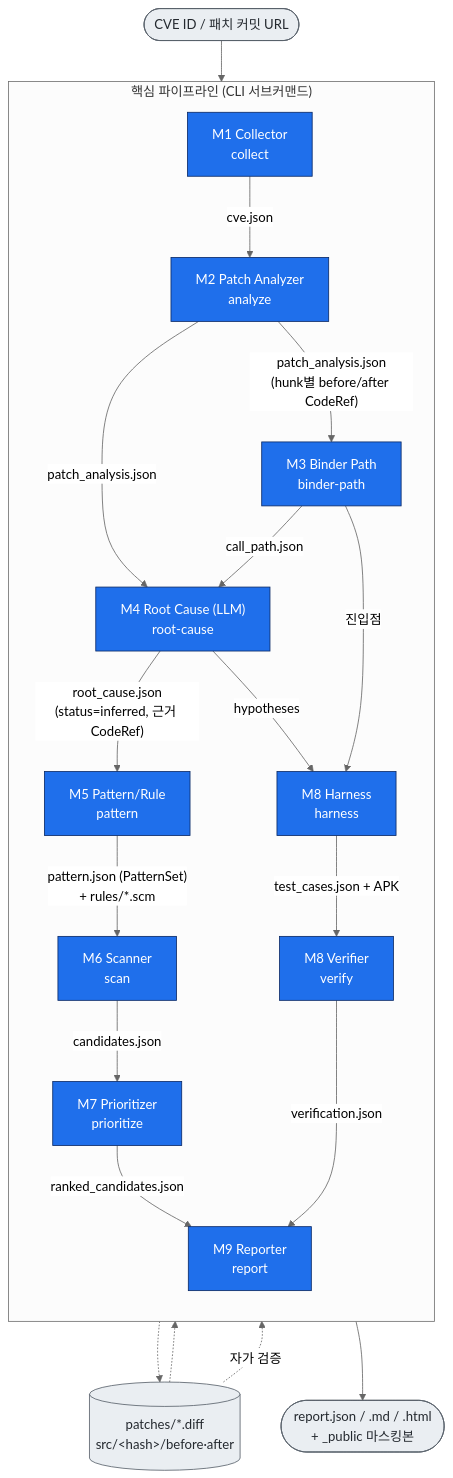
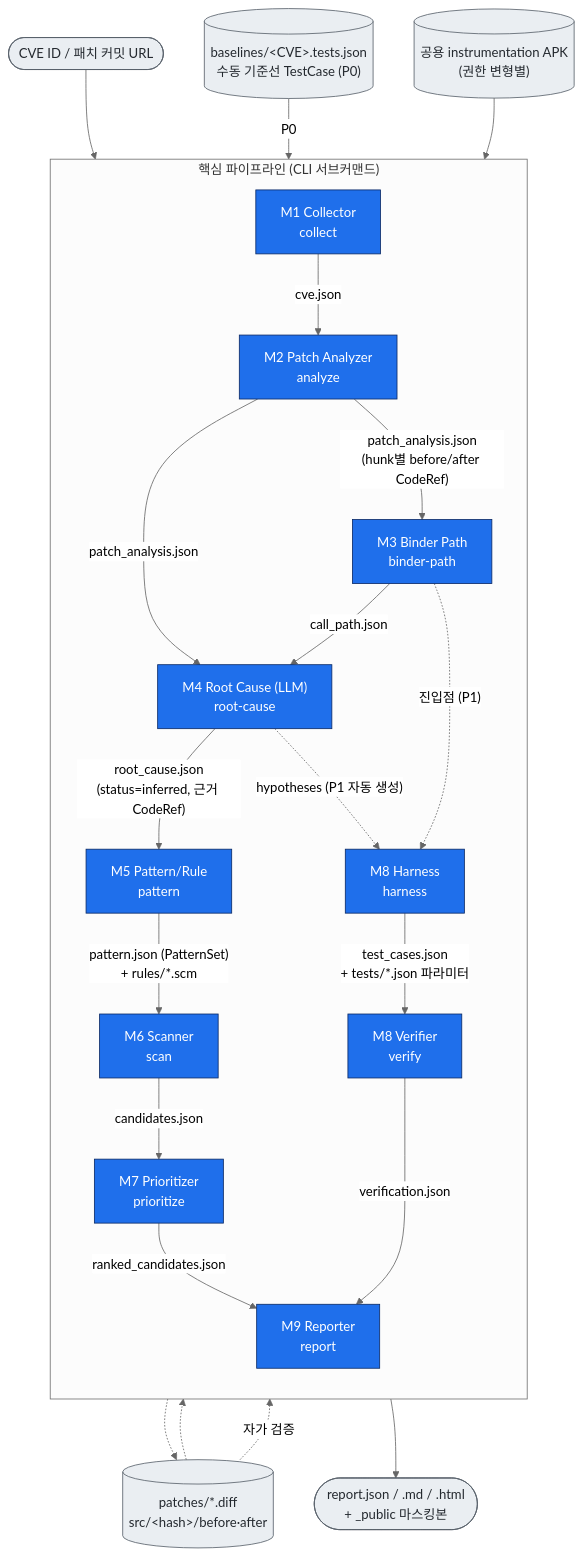
The first of 3 diagrams in docs/architecture.md (meonjalgwi/aosp-1day-pipeline), drawn with Mermaid (neutral theme) before and after one commit. The commit also changed other lines of this file and 15 other files, not shown here.

First line of the commit message:
feat(m08,schemas): apply PR #30 second review

````diff
--- a/docs/architecture.md
+++ b/docs/architecture.md
@@ -11,41 +13,45 @@
 ```mermaid
 flowchart TD
     IN([CVE ID / 패치 커밋 URL]):::io
 
     subgraph CORE["핵심 파이프라인 (CLI 서브커맨드)"]
         direction TB
         M1["M1 Collector<br/>collect"]:::stage
         M2["M2 Patch Analyzer<br/>analyze"]:::stage
         M3["M3 Binder Path<br/>binder-path"]:::stage
         M4["M4 Root Cause (LLM)<br/>root-cause"]:::stage
         M5["M5 Pattern/Rule<br/>pattern"]:::stage
         M6["M6 Scanner<br/>scan"]:::stage
         M7["M7 Prioritizer<br/>prioritize"]:::stage
         M8H["M8 Harness<br/>harness"]:::stage
         M8["M8 Verifier<br/>verify"]:::stage
         M9["M9 Reporter<br/>report"]:::stage
     end
 
     SRC[("patches/*.diff<br/>src/&lt;hash&gt;/before·after")]:::io
+    MAN[("baselines/&lt;CVE&gt;.tests.json<br/>수동 기준선 TestCase (P0)")]:::io
+    APK[("공용 instrumentation APK<br/>(권한 변형별)")]:::io
 
     IN --> M1
     M1 -- cve.json --> M2
     M1 -.-> SRC
     SRC -.-> M2
     SRC -. 자가 검증 .-> M5
     M2 -- "patch_analysis.json<br/>(hunk별 before/after CodeRef)" --> M3
     M2 -- patch_analysis.json --> M4
     M3 -- call_path.json --> M4
     M4 -- "root_cause.json<br/>(status=inferred, 근거 CodeRef)" --> M5
     M5 -- "pattern.json (PatternSet)<br/>+ rules/*.scm" --> M6
     M6 -- candidates.json --> M7
-    M4 -- "hypotheses" --> M8H
-    M3 -- "진입점" --> M8H
-    M8H -- "test_cases.json + APK" --> M8
+    MAN -- "P0" --> M8H
+    M4 -. "hypotheses (P1 자동 생성)" .-> M8H
+    M3 -. "진입점 (P1)" .-> M8H
+    M8H -- "test_cases.json<br/>+ tests/*.json 파라미터" --> M8
+    APK --> M8
     M7 -- ranked_candidates.json --> M9
     M8 -- verification.json --> M9
     M9 --> OUT([report.json / .md / .html<br/>+ _public 마스킹본]):::io
 
     classDef stage fill:#1f6feb,stroke:#0b2a66,color:#fff;
     classDef io fill:#eaeef2,stroke:#57606a,color:#24292f;
 ```
````
